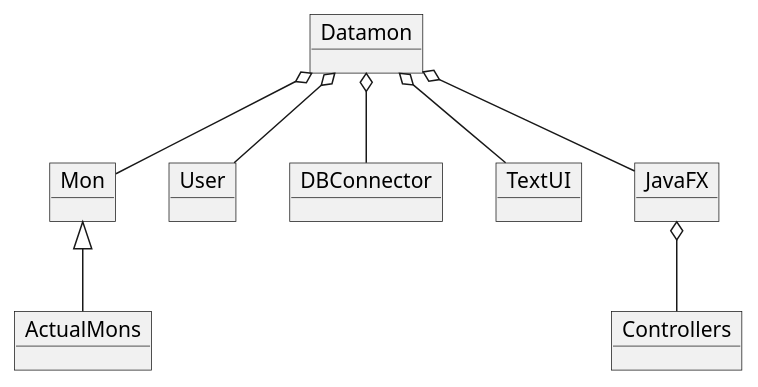
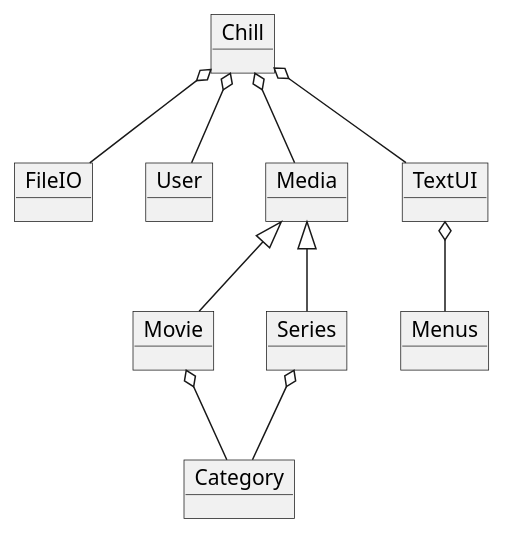
The diagram in doc/domain.puml (Magi2106/ICE), drawn with PlantUML before and after one commit. The commit also changed 1 other file, not shown here.

```diff
--- a/doc/domain.puml
+++ b/doc/domain.puml
@@ -1,22 +1,23 @@
 @startuml
-'https://plantuml.com/object-diagram
 
-object Mon
+object Chill
+object FileIO
 object User
-object Datamon
-object DBConnector
+object Media
+object Movie
+object Series
+object Category
 object TextUI
-object JavaFX
-object Controllers
-object ActualMons
+object Menus
 
-Datamon o-- Mon
-Datamon o-- JavaFX
-JavaFX o-- Controllers
-Datamon o-- User
-Datamon o-- TextUI
-Datamon o-- DBConnector
-Mon <|-- ActualMons
-
+Media <|-- Movie
+Media <|-- Series
+Movie o-- Category
+Series o-- Category
+TextUI o-- Menus
+Chill o-- Media
+Chill o-- FileIO
+Chill o-- User
+Chill o-- TextUI
 
 @enduml
```
